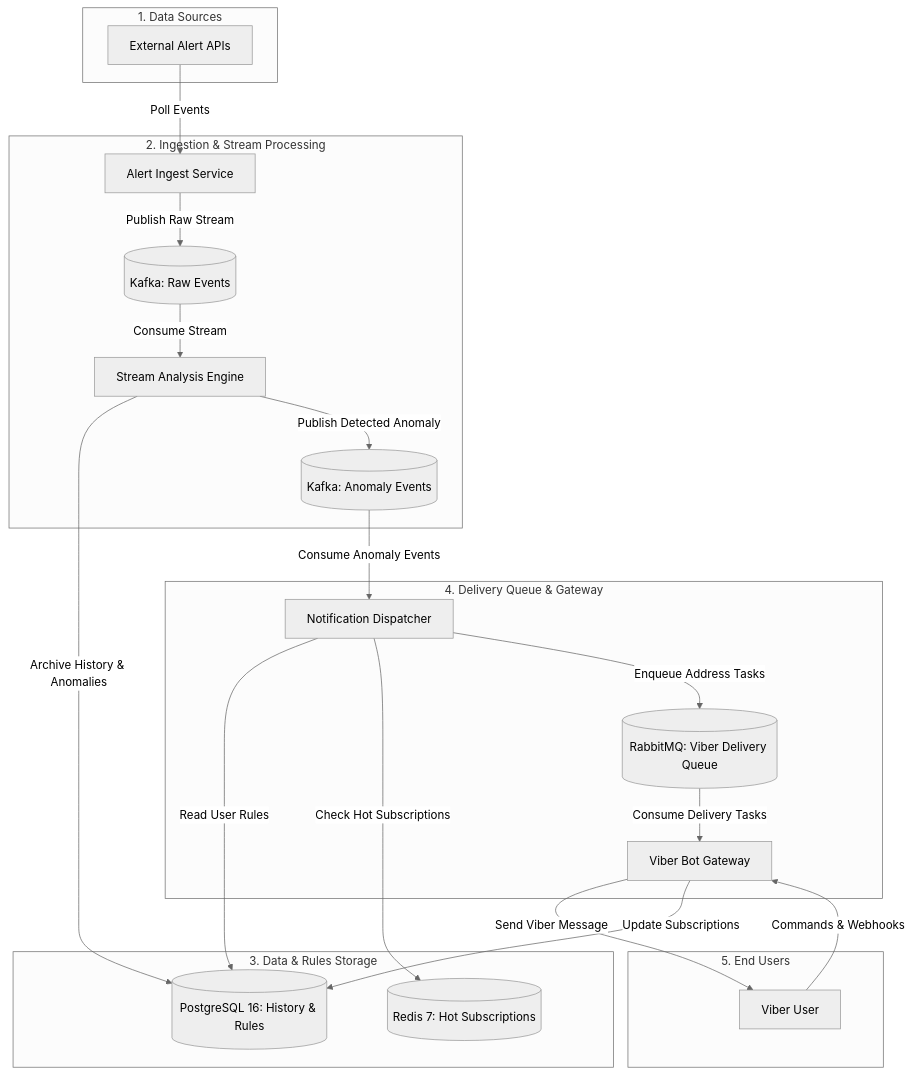
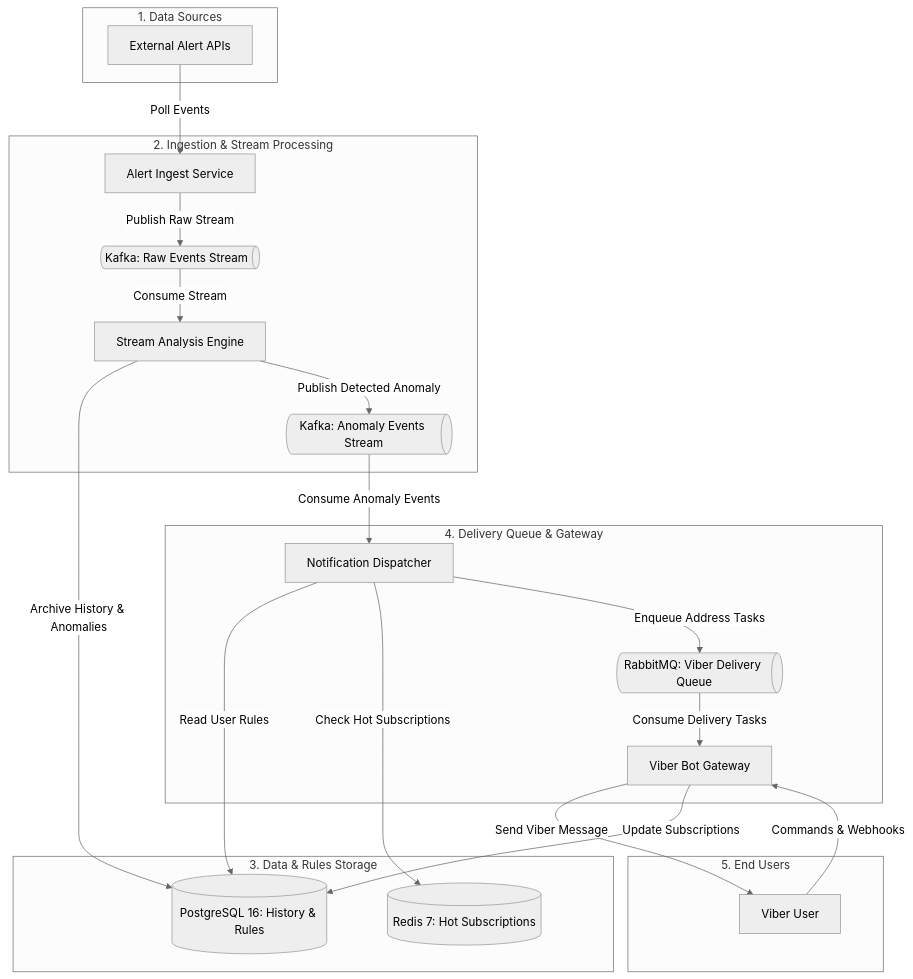
Before and after one commit to Olezha/Lodestar: the diagram in README.md, drawn with Mermaid (neutral theme). The commit also changed other lines of this file and 10 other files, not shown here.

````diff
--- a/README.md
+++ b/README.md
@@ -17,49 +17,49 @@
 ```mermaid
 flowchart TD
     subgraph DataSources["1. Data Sources"]
         AlertAPI[External Alert APIs]
     end
 
     subgraph StreamingPipeline["2. Ingestion & Stream Processing"]
         Ingest[Alert Ingest Service]
-        KafkaRaw[(Kafka: Raw Events)]
+        KafkaRaw@{ shape: h-cyl, label: "Kafka: Raw Events Stream" }
         StreamEngine[Stream Analysis Engine]
-        KafkaAnomalies[(Kafka: Anomaly Events)]
+        KafkaAnomalies@{ shape: h-cyl, label: "Kafka: Anomaly Events Stream" }
     end
 
     subgraph DataStorage["3. Data & Rules Storage"]
         DB[(PostgreSQL 16: History & Rules)]
         Cache[(Redis 7: Hot Subscriptions)]
     end
 
     subgraph DeliveryPipeline["4. Delivery Queue & Gateway"]
         Dispatcher[Notification Dispatcher]
-        RabbitMQ[(RabbitMQ: Viber Delivery Queue)]
+        RabbitMQ@{ shape: h-cyl, label: "RabbitMQ: Viber Delivery Queue" }
         ViberGateway[Viber Bot Gateway]
     end
 
     subgraph EndUsers["5. End Users"]
         ViberUser[Viber User]
     end
 
     %% Ingestion Flow
     AlertAPI -->|Poll Events| Ingest
     Ingest -->|Publish Raw Stream| KafkaRaw
 
     %% Processing & Analysis Flow
     KafkaRaw -->|Consume Stream| StreamEngine
     StreamEngine -->|Archive History & Anomalies| DB
     StreamEngine -->|Publish Detected Anomaly| KafkaAnomalies
 
     %% Dispatch Flow
     KafkaAnomalies -->|Consume Anomaly Events| Dispatcher
     Dispatcher -->|Read User Rules| DB
     Dispatcher -->|Check Hot Subscriptions| Cache
     Dispatcher -->|Enqueue Address Tasks| RabbitMQ
 
     %% Delivery Flow
     RabbitMQ -->|Consume Delivery Tasks| ViberGateway
     ViberGateway -->|Send Viber Message| ViberUser
     ViberUser -->|Commands & Webhooks| ViberGateway
     ViberGateway -->|Update Subscriptions| DB
 ```
````
